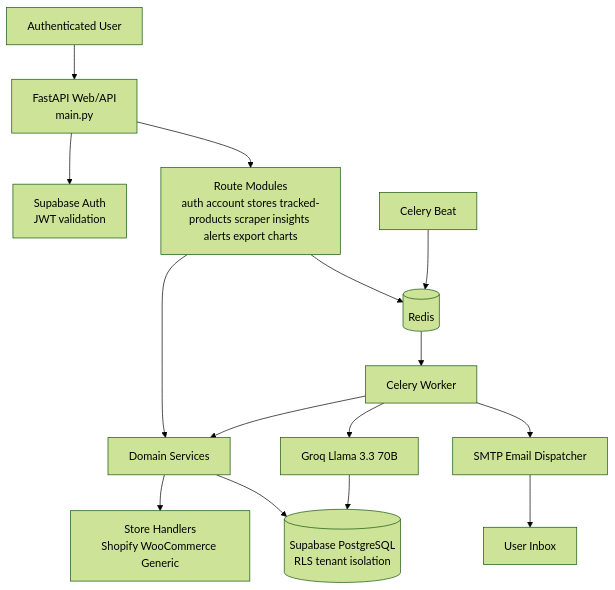
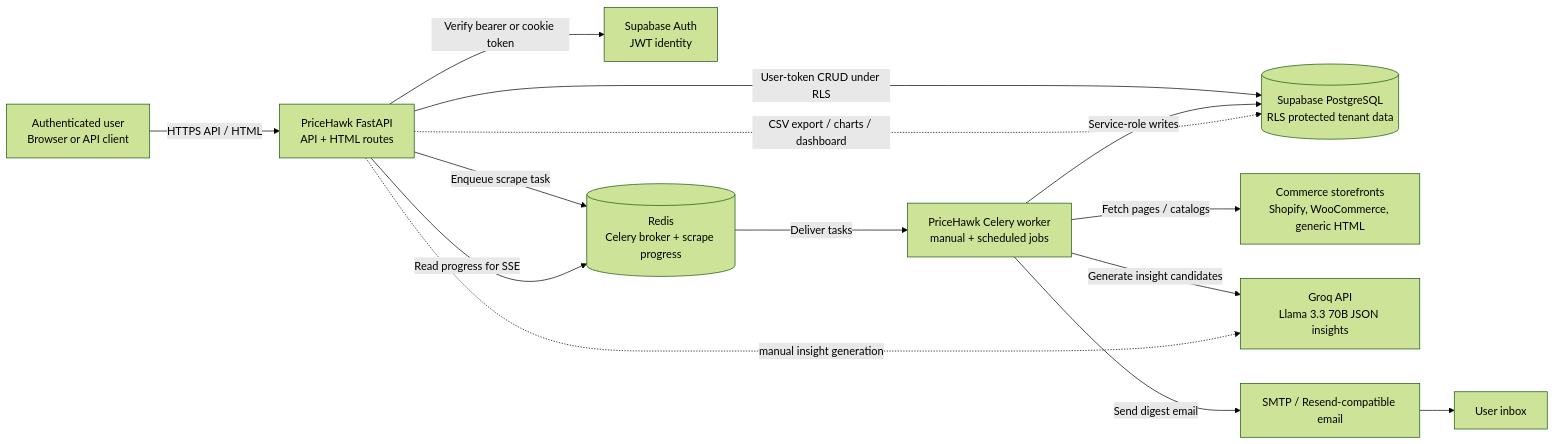
The first of 6 diagrams in docs/architecture.md (dreww01/pricehawk), drawn with Mermaid (forest theme) before and after one commit. The commit also changed other lines of this file and 1 other file, not shown here.

Commit message:
feat(orc-31): apply build directive (the architecture.md and logic_used.md is too conso)

````diff
--- a/docs/architecture.md
+++ b/docs/architecture.md
@@ -24,17 +45,30 @@
 ```mermaid
-flowchart TB
-    User[Authenticated User] --> Web[FastAPI Web/API\nmain.py]
-    Web --> Auth[Supabase Auth\nJWT validation]
-    Web --> Routes[Route Modules\nauth account stores tracked-products scraper insights alerts export charts]
-    Routes --> Services[Domain Services]
-    Services --> StoreHandlers[Store Handlers\nShopify WooCommerce Generic]
-    Services --> DB[(Supabase PostgreSQL\nRLS tenant isolation)]
-    Routes --> Redis[(Redis)]
-    Beat[Celery Beat] --> Redis
-    Redis --> Worker[Celery Worker]
-    Worker --> Services
-    Worker --> Groq[Groq Llama 3.3 70B]
-    Worker --> SMTP[SMTP Email Dispatcher]
-    Groq --> DB
-    SMTP --> Inbox[User Inbox]
+flowchart LR
+    User["Authenticated user\nBrowser or API client"]
+    API["PriceHawk FastAPI\nAPI + HTML routes"]
+    Worker["PriceHawk Celery worker\nmanual + scheduled jobs"]
+
+    Auth["Supabase Auth\nJWT identity"]
+    DB[("Supabase PostgreSQL\nRLS protected tenant data")]
+    Redis[("Redis\nCelery broker + scrape progress")]
+    Stores["Commerce storefronts\nShopify, WooCommerce, generic HTML"]
+    Groq["Groq API\nLlama 3.3 70B JSON insights"]
+    Mail["SMTP / Resend-compatible email"]
+    Inbox["User inbox"]
+
+    User -->|HTTPS API / HTML| API
+    API -->|Verify bearer or cookie token| Auth
+    API -->|User-token CRUD under RLS| DB
+    API -->|Enqueue scrape task| Redis
+    API -->|Read progress for SSE| Redis
+
+    Redis -->|Deliver tasks| Worker
+    Worker -->|Fetch pages / catalogs| Stores
+    Worker -->|Service-role writes| DB
+    Worker -->|Generate insight candidates| Groq
+    Worker -->|Send digest email| Mail
+    Mail --> Inbox
+
+    API -.manual insight generation.-> Groq
+    API -.CSV export / charts / dashboard.-> DB
 ```
````
